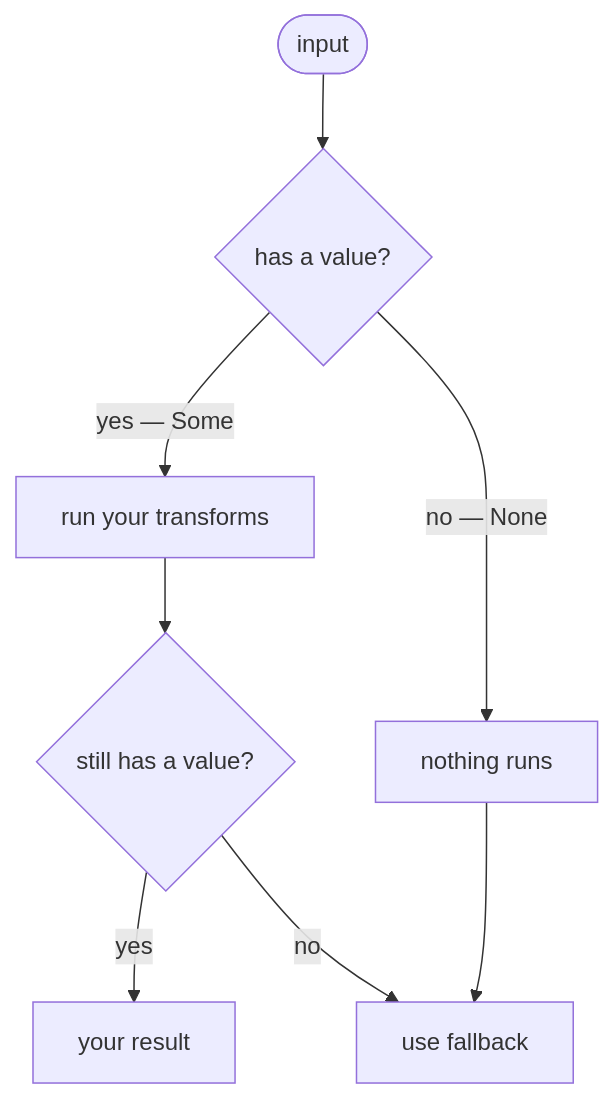
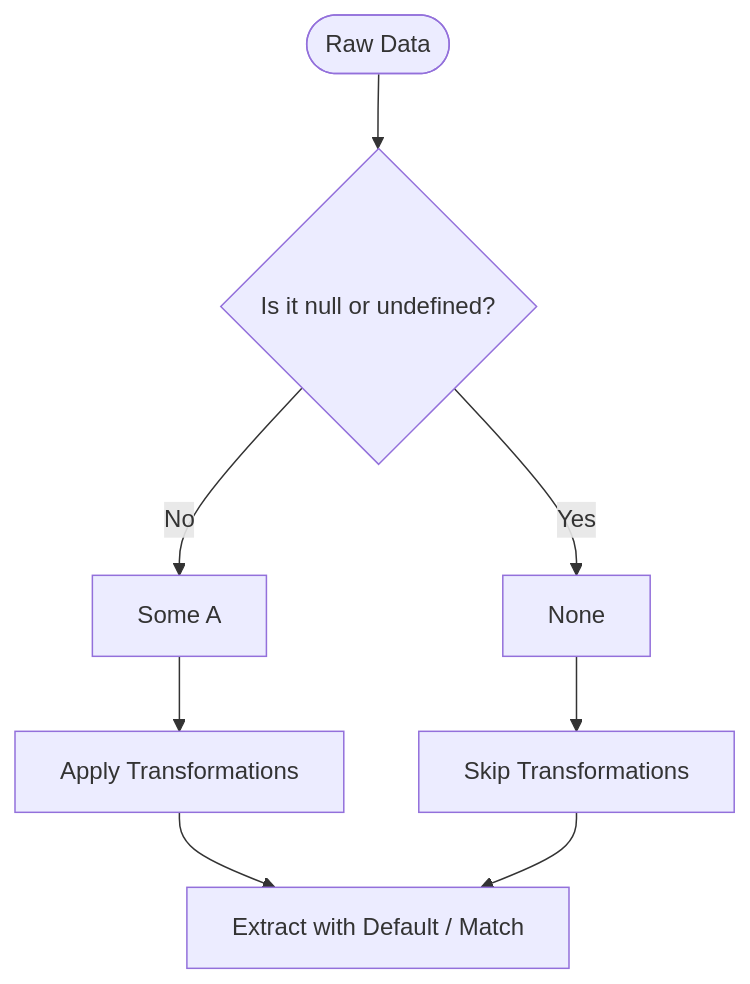
The diagram in docs/src/content/docs/guides/maybe.md (nlozgachev/pipelined), drawn with Mermaid before and after one commit. The commit also changed other lines of this file and 36 other files, not shown here.

Commit message:
docs: docs rewording, style change, better diagrams, leading with the opinionated nature of the pipelined library

````diff
--- a/docs/src/content/docs/guides/maybe.md
+++ b/docs/src/content/docs/guides/maybe.md
@@ -12,10 +60,12 @@
 ```mermaid
-flowchart TB
-  A([input]) --> B{has a value?}
-  B -->|"yes — Some"| C[run your transforms]
-  B -->|"no — None"| D[nothing runs]
-  C --> E{still has a value?}
-  E -->|yes| F[your result]
-  E -->|no| G[use fallback]
-  D --> G
+flowchart TD
+    Input([Raw Data]) --> Choice{Is it null or undefined?}
+    Choice -->|No| Some[Some A]
+    Choice -->|Yes| None[None]
+
+    Some --> Transform[Apply Transformations]
+    None --> Skip[Skip Transformations]
+
+    Transform --> Edge[Extract with Default / Match]
+    Skip --> Edge
 ```
````
